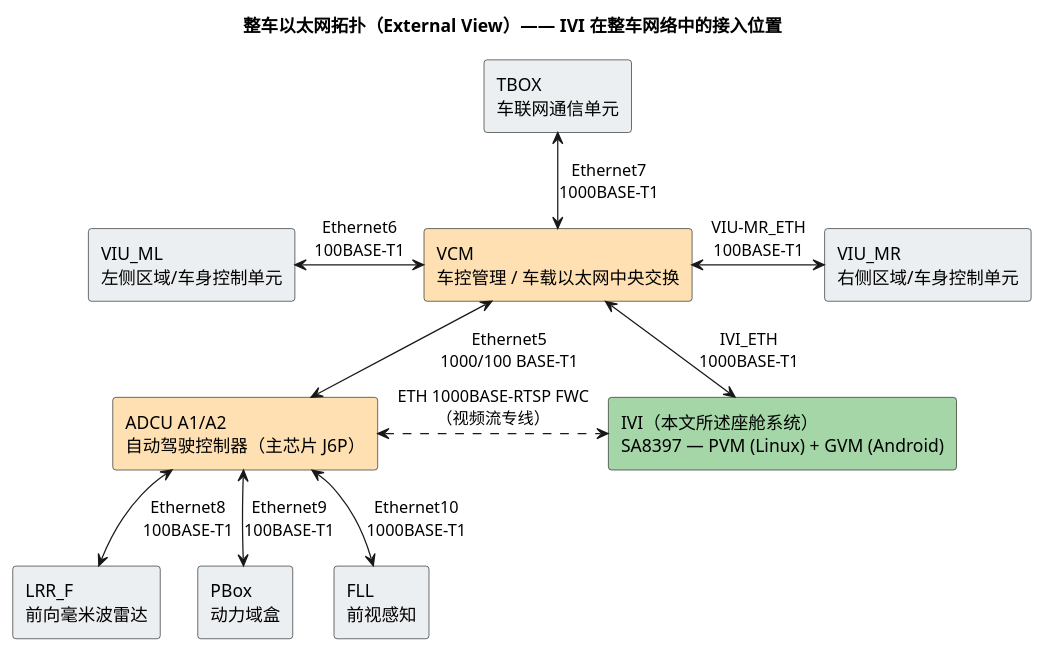
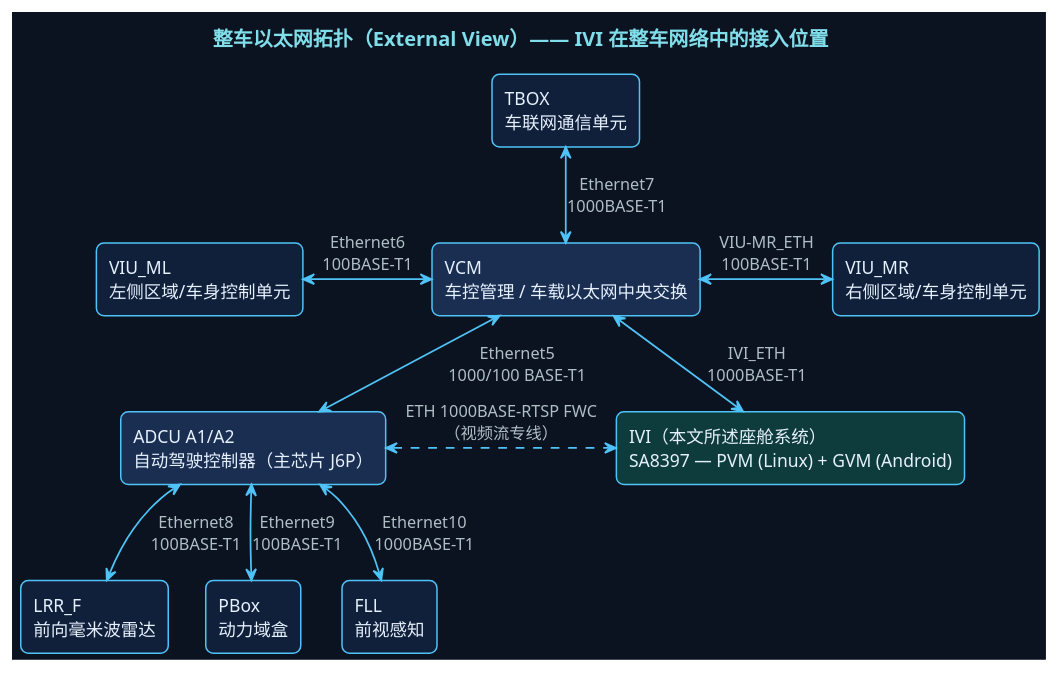
One commit to Ethen-Cao/ethenslab changed the first of 2 diagrams in work/network_topology.md. Above: the diagram before and after it, drawn with PlantUML. The commit also changed other lines of this file and 1 other file, not shown here.

````diff
--- a/work/network_topology.md
+++ b/work/network_topology.md
@@ -71,36 +71,58 @@
 ```plantuml
 @startuml
 skinparam componentStyle rectangle
-skinparam defaultFontName "sans-serif"
+skinparam defaultFontName "JetBrains Mono"
 skinparam shadowing false
 skinparam nodesep 30
 skinparam ranksep 40
+
+' ===== 全局色板 =====
+skinparam backgroundColor #0B1320
+skinparam defaultFontColor #E6F1FF
+skinparam ArrowColor #4FC3F7
+skinparam ArrowFontColor #B0BEC5
+skinparam ArrowThickness 1.4
+
+skinparam rectangle {
+    BorderColor #4FC3F7
+    BackgroundColor #11203A
+    FontColor #E6F1FF
+    RoundCorner 12
+    BorderThickness 1.2
+}
+
+skinparam title {
+    FontColor #80DEEA
+    FontSize 16
+}
+
 title 整车以太网拓扑（External View）—— IVI 在整车网络中的接入位置
 
-rectangle "VIU_ML\n左侧区域/车身控制单元" as VIUML #ECEFF1
-rectangle "TBOX\n车联网通信单元" as TBOX #ECEFF1
+' ===== 边缘节点（冷蓝灰） =====
+rectangle "VIU_ML\n左侧区域/车身控制单元" as VIUML #11203A
+rectangle "TBOX\n车联网通信单元" as TBOX #11203A
+rectangle "VIU_MR\n右侧区域/车身控制单元" as VIUMR #11203A
+rectangle "LRR_F\n前向毫米波雷达" as LRR #11203A
+rectangle "PBox\n动力域盒" as PBOX #11203A
+rectangle "FLL\n前视感知" as FLL #11203A
 
-rectangle "VCM\n车控管理 / 车载以太网中央交换" as VCM #FFE0B2
+' ===== 核心节点（高亮渐变感） =====
+rectangle "VCM\n车控管理 / 车载以太网中央交换" as VCM #1A2E52
+rectangle "ADCU A1/A2\n自动驾驶控制器（主芯片 J6P）" as ADCU #1A2E52
 
-rectangle "IVI（本文所述座舱系统）\nSA8397 — PVM (Linux) + GVM (Android)" as IVI #A5D6A7
-
-rectangle "VIU_MR\n右侧区域/车身控制单元" as VIUMR #ECEFF1
-rectangle "ADCU A1/A2\n自动驾驶控制器（主芯片 J6P）" as ADCU #FFE0B2
-
-rectangle "LRR_F\n前向毫米波雷达" as LRR #ECEFF1
-rectangle "PBox\n动力域盒" as PBOX #ECEFF1
-rectangle "FLL\n前视感知" as FLL #ECEFF1
+' ===== 焦点节点（霓虹绿青） =====
+rectangle "IVI（本文所述座舱系统）\nSA8397 — PVM (Linux) + GVM (Android)" as IVI #0E3B3B
 
 VIUML <-right-> VCM : Ethernet6\n100BASE-T1
 TBOX <--> VCM : Ethernet7\n1000BASE-T1
 IVI <--> VCM : IVI_ETH\n1000BASE-T1
 VCM <-right-> VIUMR : VIU-MR_ETH\n100BASE-T1
 VCM <--> ADCU : Ethernet5\n1000/100 BASE-T1
 
 ADCU <--> LRR : Ethernet8\n100BASE-T1
 ADCU <--> PBOX : Ethernet9\n100BASE-T1
 ADCU <--> FLL : Ethernet10\n1000BASE-T1
 
 ADCU <.right.> IVI : ETH 1000BASE-RTSP FWC\n（视频流专线）
 @enduml
 ```
````
